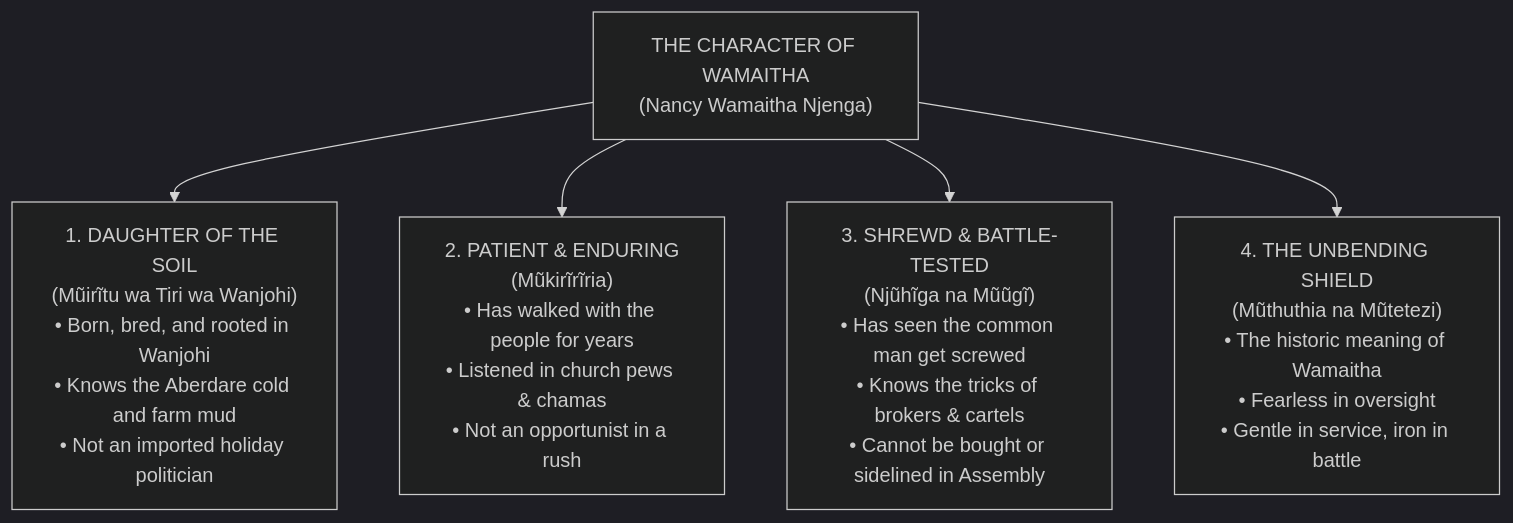
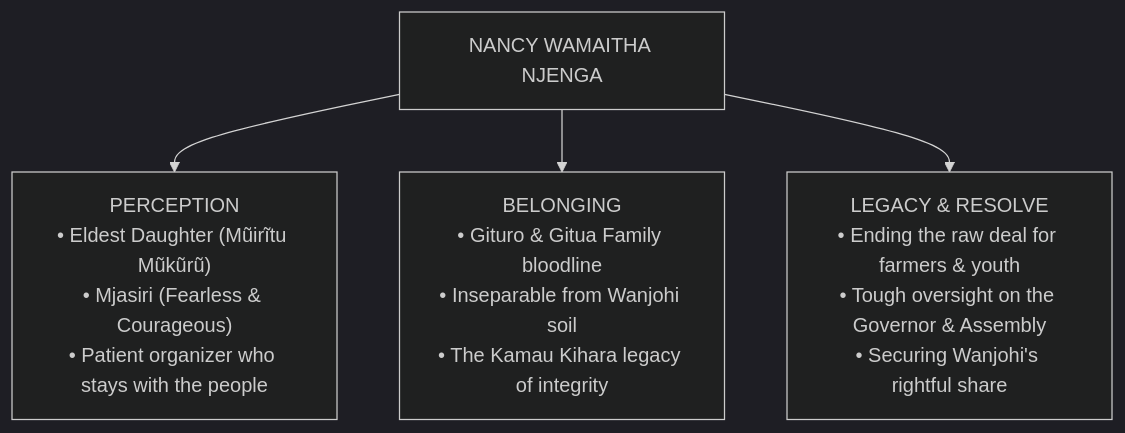
Before and after one commit to KimJon/MCA-Wamaitha: the diagram in 1_CAMPAIGN_BRAND_STRATEGY.md, drawn with Mermaid (dark theme). The commit also changed other lines of this file and 5 other files, not shown here.

Commit message:
feat: embed Gituro/Gitua family heritage, Mjasiri archetype, real ground crises, confirmed pledge ledger, and forward operational budget

````diff
--- a/1_CAMPAIGN_BRAND_STRATEGY.md
+++ b/1_CAMPAIGN_BRAND_STRATEGY.md
@@ -14,8 +13,7 @@
 ```mermaid
 flowchart TD
-    W["THE CHARACTER OF WAMAITHA<br>(Nancy Wamaitha Njenga)"]
-    W --> P1["1. DAUGHTER OF THE SOIL<br>(Mũirĩtu wa Tiri wa Wanjohi)<br>• Born, bred, and rooted in Wanjohi<br>• Knows the Aberdare cold and farm mud<br>• Not an imported holiday politician"]
-    W --> P2["2. PATIENT & ENDURING<br>(Mũkirĩrĩria)<br>• Has walked with the people for years<br>• Listened in church pews & chamas<br>• Not an opportunist in a rush"]
-    W --> P3["3. SHREWD & BATTLE-TESTED<br>(Njũhĩga na Mũũgĩ)<br>• Has seen the common man get screwed<br>• Knows the tricks of brokers & cartels<br>• Cannot be bought or sidelined in Assembly"]
-    W --> P4["4. THE UNBENDING SHIELD<br>(Mũthuthia na Mũtetezi)<br>• The historic meaning of Wamaitha<br>• Fearless in oversight<br>• Gentle in service, iron in battle"]
+    G["NANCY WAMAITHA NJENGA"]
+    G --> H1["PERCEPTION<br>• Eldest Daughter (Mũirĩtu Mũkũrũ)<br>• Mjasiri (Fearless & Courageous)<br>• Patient organizer who stays with the people"]
+    G --> H2["BELONGING<br>• Gituro & Gitua Family bloodline<br>• Inseparable from Wanjohi soil<br>• The Kamau Kihara legacy of integrity"]
+    G --> H3["LEGACY & RESOLVE<br>• Ending the raw deal for farmers & youth<br>• Tough oversight on the Governor & Assembly<br>• Securing Wanjohi's rightful share"]
 ```
````
